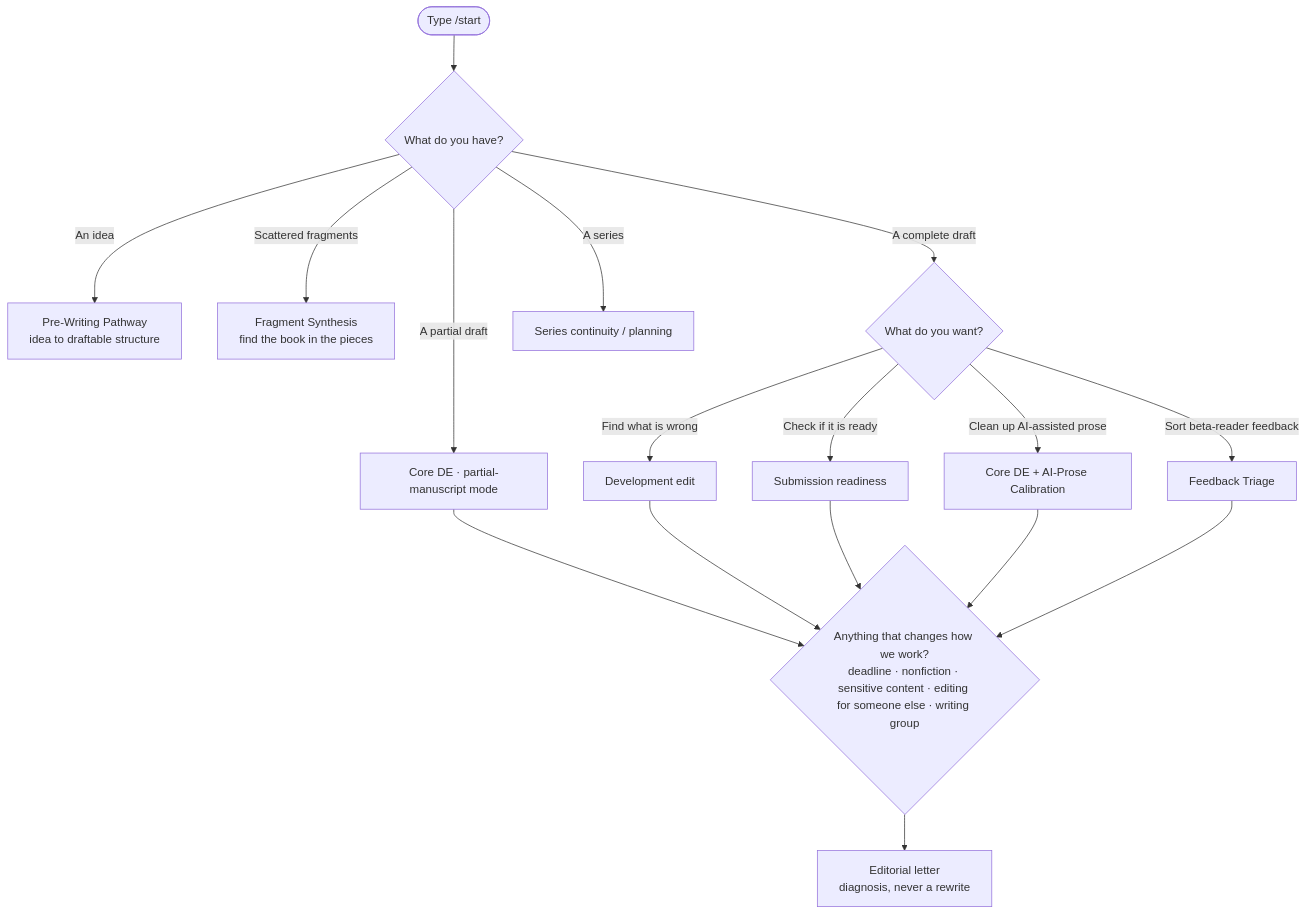
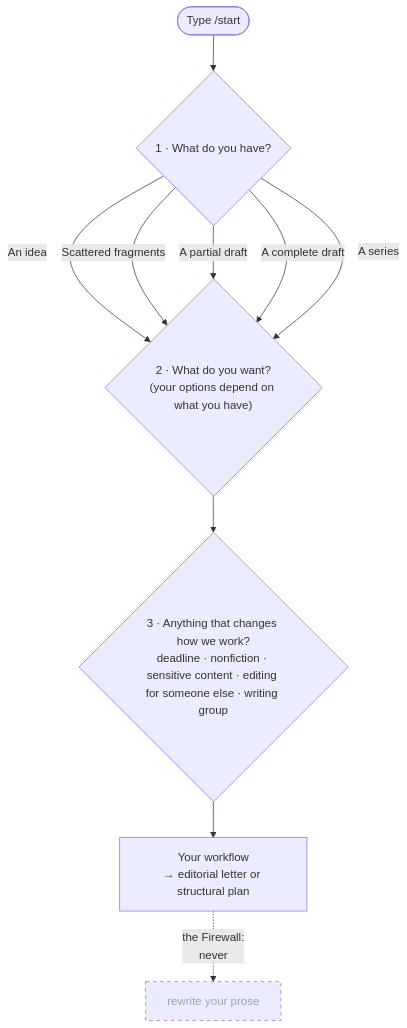
The diagram in README.md (anotherpanacea-eng/apodictic), drawn with Mermaid before and after one commit. The commit also changed other lines of this file and 3 other files, not shown here.

First line of the commit message:
Address review: accurate router diagram + explorer Revision Coach goal

````diff
--- a/README.md
+++ b/README.md
@@ -5,24 +5,13 @@
 ```mermaid
 flowchart TD
-    S(["Type /start"]) --> Q1{"What do you have?"}
-
-    Q1 -->|An idea| PW["Pre-Writing Pathway<br/>idea to draftable structure"]
-    Q1 -->|Scattered fragments| FS["Fragment Synthesis<br/>find the book in the pieces"]
-    Q1 -->|A partial draft| PM["Core DE · partial-manuscript mode"]
-    Q1 -->|A complete draft| Q2{"What do you want?"}
-    Q1 -->|A series| SER["Series continuity / planning"]
-
-    Q2 -->|Find what is wrong| DE["Development edit"]
-    Q2 -->|Check if it is ready| RD["Submission readiness"]
-    Q2 -->|Clean up AI-assisted prose| AIc["Core DE + AI-Prose Calibration"]
-    Q2 -->|Sort beta-reader feedback| FB["Feedback Triage"]
-
-    Q3{"Anything that changes how we work?<br/>deadline · nonfiction · sensitive content · editing for someone else · writing group"}
-    PM --> Q3
-    DE --> Q3
-    RD --> Q3
-    AIc --> Q3
-    FB --> Q3
-
-    Q3 --> L["Editorial letter<br/>diagnosis, never a rewrite"]
+    S(["Type /start"]) --> Q1{"1 · What do you have?"}
+    Q1 -->|An idea| Q2
+    Q1 -->|Scattered fragments| Q2
+    Q1 -->|A partial draft| Q2
+    Q1 -->|A complete draft| Q2
+    Q1 -->|A series| Q2
+    Q2{"2 · What do you want?<br/>(your options depend on what you have)"} --> Q3{"3 · Anything that changes how we work?<br/>deadline · nonfiction · sensitive content · editing for someone else · writing group"}
+    Q3 --> L["Your workflow<br/>→ editorial letter or structural plan"]
+    L -. the Firewall:<br/>never .-> X["rewrite your prose"]
+    style X stroke-dasharray: 5 5,color:#9ca3af
 ```
````
